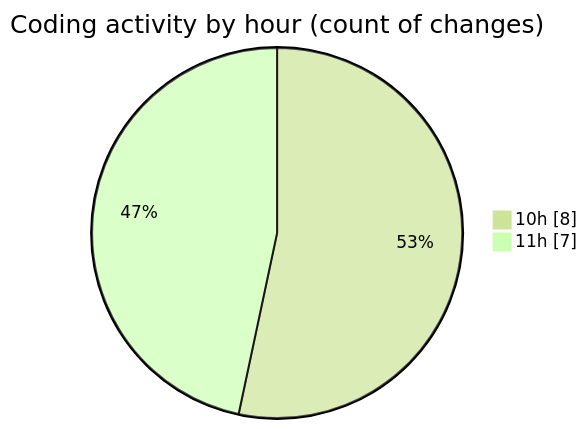
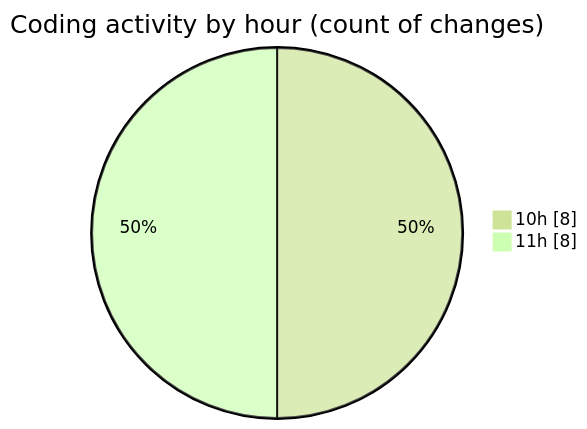
The second of 2 diagrams in 2025-12-30/budget_front_nest/README.md (igalym/code-tracking), drawn with Mermaid (forest theme) before and after one commit. The commit also changed other lines of this file and 1 other file, not shown here.

````diff
--- a/2025-12-30/budget_front_nest/README.md
+++ b/2025-12-30/budget_front_nest/README.md
@@ -36,6 +37,6 @@
 ```mermaid
 pie showData
 title Coding activity by hour (count of changes)
 "10h" : 8
-"11h" : 7
+"11h" : 8
 ```
````
